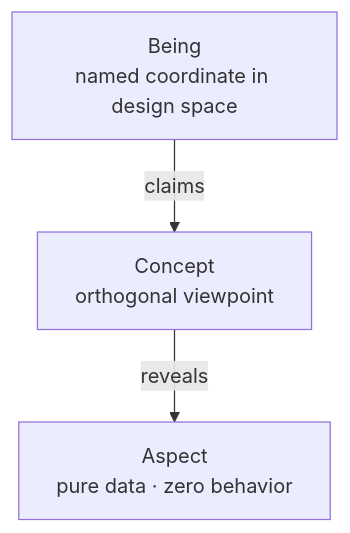
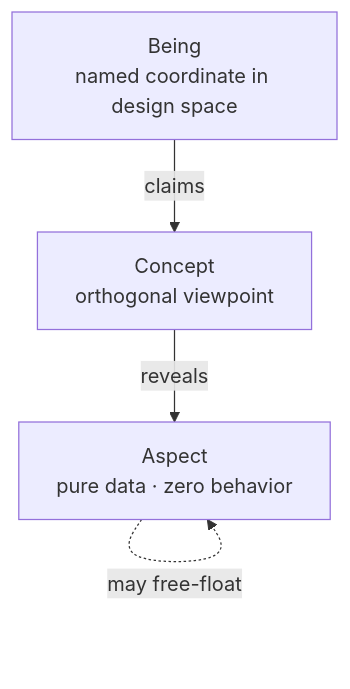
One commit to fm39hz/fm39hz-blogs changed the second of 8 diagrams in src/content/articles/another-way-to-think-about-game-architecture.md. Above: the diagram before and after it, drawn with Mermaid. The commit also changed other lines of this file, not shown here.

````diff
--- a/src/content/articles/another-way-to-think-about-game-architecture.md
+++ b/src/content/articles/another-way-to-think-about-game-architecture.md
@@ -95,9 +100,10 @@
 ```mermaid
 graph TB
     B["Being<br/>named coordinate in design space"]
     C["Concept<br/>orthogonal viewpoint"]
     A["Aspect<br/>pure data · zero behavior"]
 
     B -->|"claims"| C
     C -->|"reveals"| A
+    A -.->|"may free-float"| A
 ```
````
